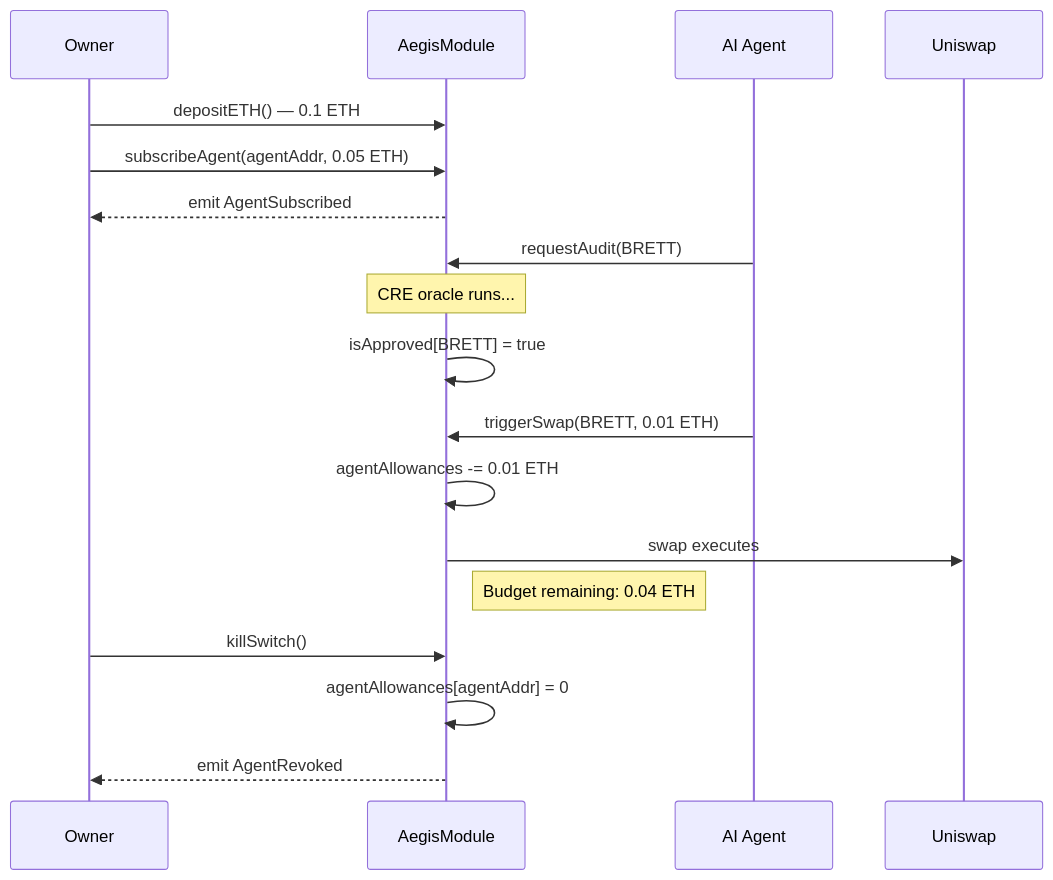
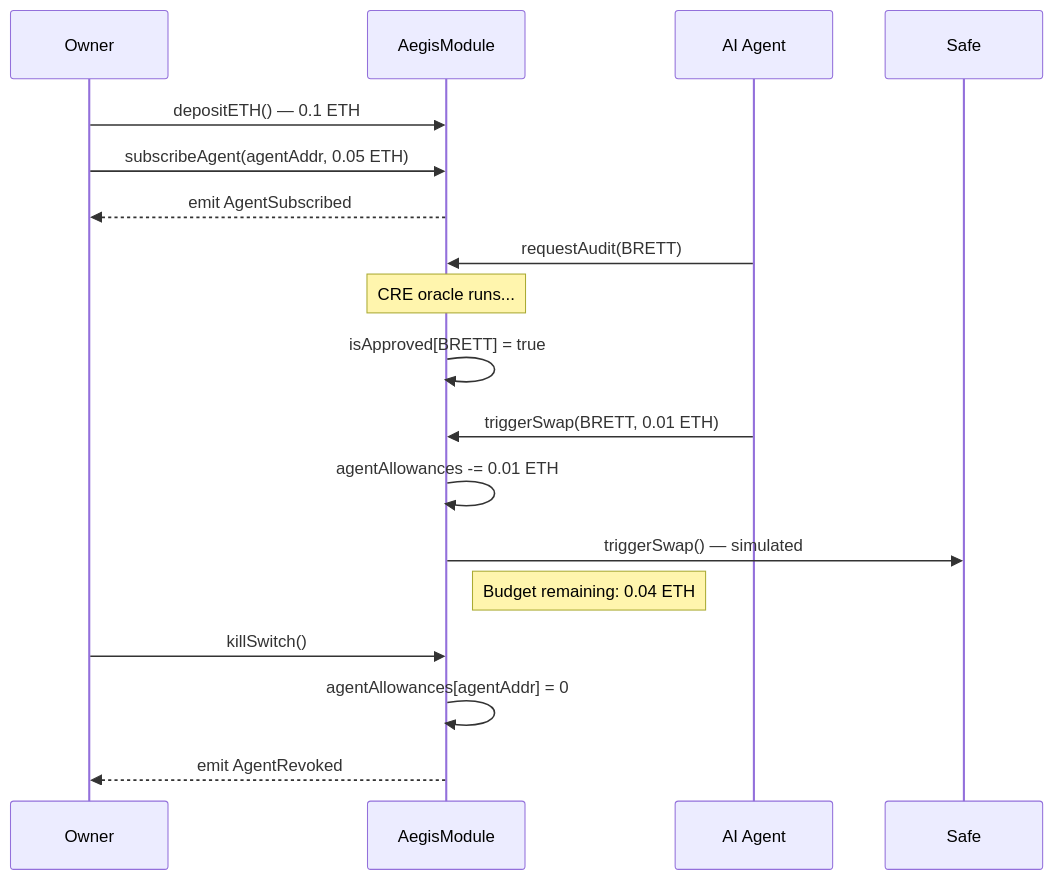
Before and after one commit to vjb/aegis-v4: the ninth of 12 diagrams in docs/ARCHITECTURE.md, drawn with Mermaid. The commit also changed other lines of this file, not shown here.

Commit message:
fix: remove false Uniswap V3 claims from architecture docs

````diff
--- a/docs/ARCHITECTURE.md
+++ b/docs/ARCHITECTURE.md
@@ -245,23 +245,23 @@
 ```mermaid
 sequenceDiagram
     participant Owner
     participant AM as AegisModule
     participant Agent as AI Agent
 
     Owner->>AM: depositETH() — 0.1 ETH
     Owner->>AM: subscribeAgent(agentAddr, 0.05 ETH)
     AM-->>Owner: emit AgentSubscribed
 
     Agent->>AM: requestAudit(BRETT)
     Note over AM: CRE oracle runs...
     AM->>AM: isApproved[BRETT] = true
 
     Agent->>AM: triggerSwap(BRETT, 0.01 ETH)
     AM->>AM: agentAllowances -= 0.01 ETH
-    AM->>Uniswap: swap executes
+    AM->>Safe: triggerSwap() — simulated
     Note right of AM: Budget remaining: 0.04 ETH
 
     Owner->>AM: killSwitch()
     AM->>AM: agentAllowances[agentAddr] = 0
     AM-->>Owner: emit AgentRevoked
 ```
````
